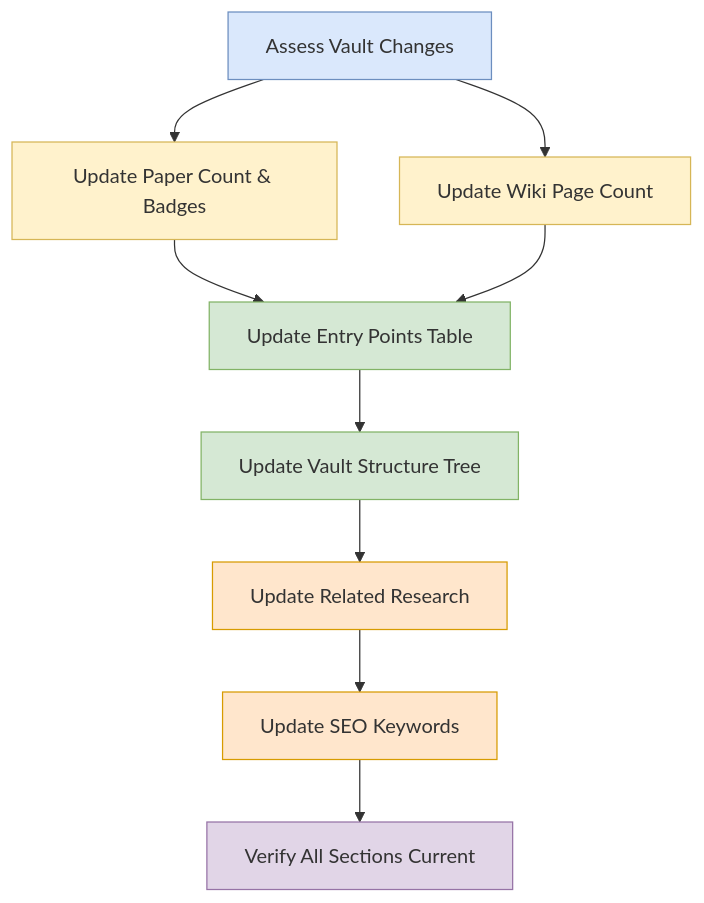
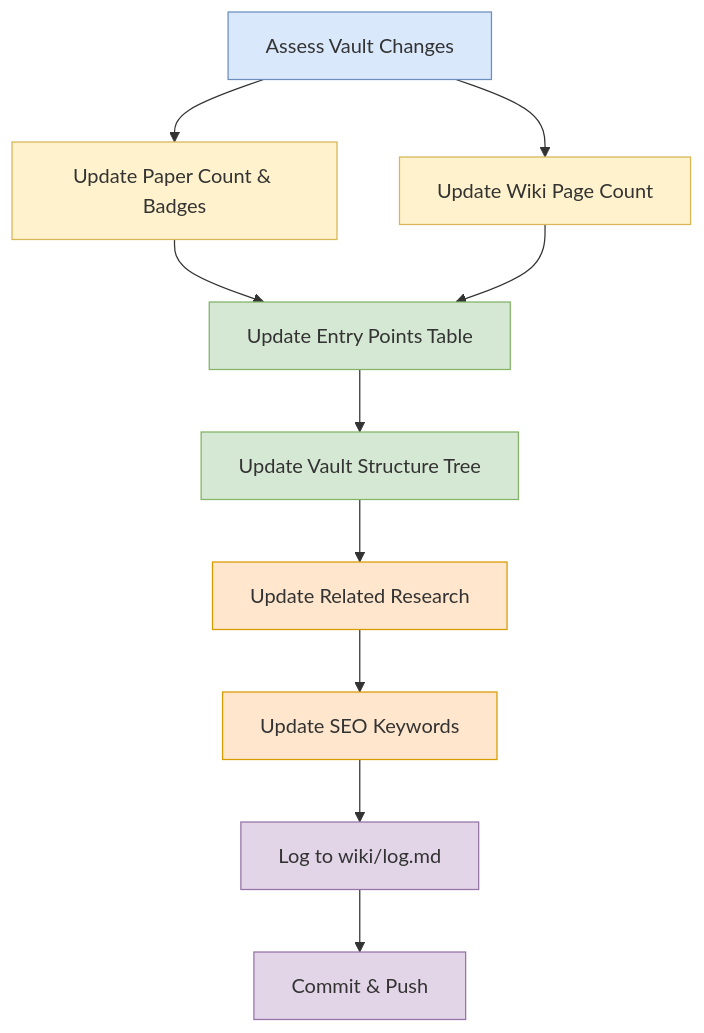
Before and after one commit to CompleteTech-LLC-AI-Research/beyond-the-token-bottleneck: the diagram in workflows/meta/readme-github-maintenance.md, drawn with Mermaid. The commit also changed other lines of this file and 1 other file, not shown here.

Commit message:
refactor(workflow): fix readme-maintenance.md — add missing log, commit steps, base checklist
- Add step 7 (log to wiki/log.md) before commit-and-push
- Renumber commit-and-push from step 7 to step 8, add return cue
- Update Mermaid diagram to include Log and Commit & Push nodes
- Register readme-github-maintenance.md in commit-and-push.md Used by

````diff
--- a/workflows/meta/readme-github-maintenance.md
+++ b/workflows/meta/readme-github-maintenance.md
@@ -3,20 +3,22 @@
 ```mermaid
 graph TD
     A["Assess Vault Changes"] --> B["Update Paper Count & Badges"]
     A --> C["Update Wiki Page Count"]
     B --> D["Update Entry Points Table"]
     C --> D
     D --> E["Update Vault Structure Tree"]
     E --> F["Update Related Research"]
     F --> G["Update SEO Keywords"]
-    G --> H["Verify All Sections Current"]
+    G --> H["Log to wiki/log.md"]
+    H --> I["Commit & Push"]
 
     style A fill:#dae8fc,stroke:#6c8ebf,color:#333
     style B fill:#fff2cc,stroke:#d6b656,color:#333
     style C fill:#fff2cc,stroke:#d6b656,color:#333
     style D fill:#d5e8d4,stroke:#82b366,color:#333
     style E fill:#d5e8d4,stroke:#82b366,color:#333
     style F fill:#ffe6cc,stroke:#d79b00,color:#333
     style G fill:#ffe6cc,stroke:#d79b00,color:#333
     style H fill:#e1d5e7,stroke:#9673a6,color:#333
+    style I fill:#e1d5e7,stroke:#9673a6,color:#333
 ```
````
